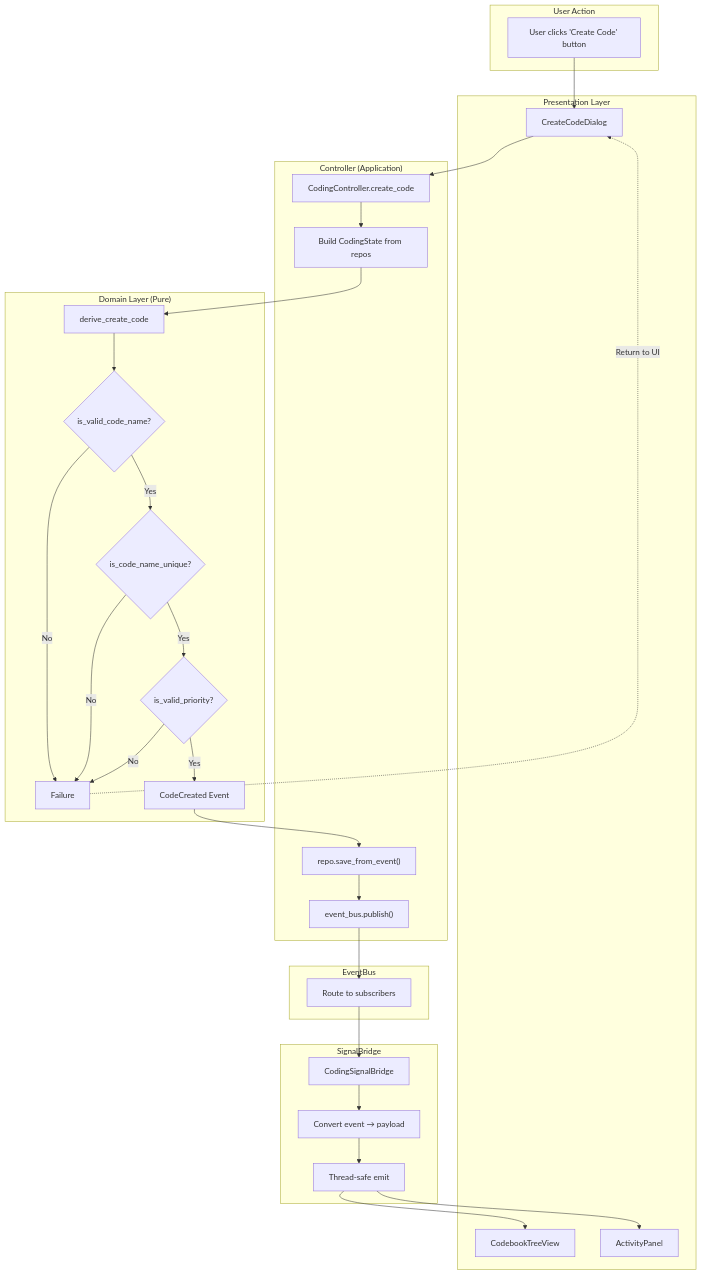
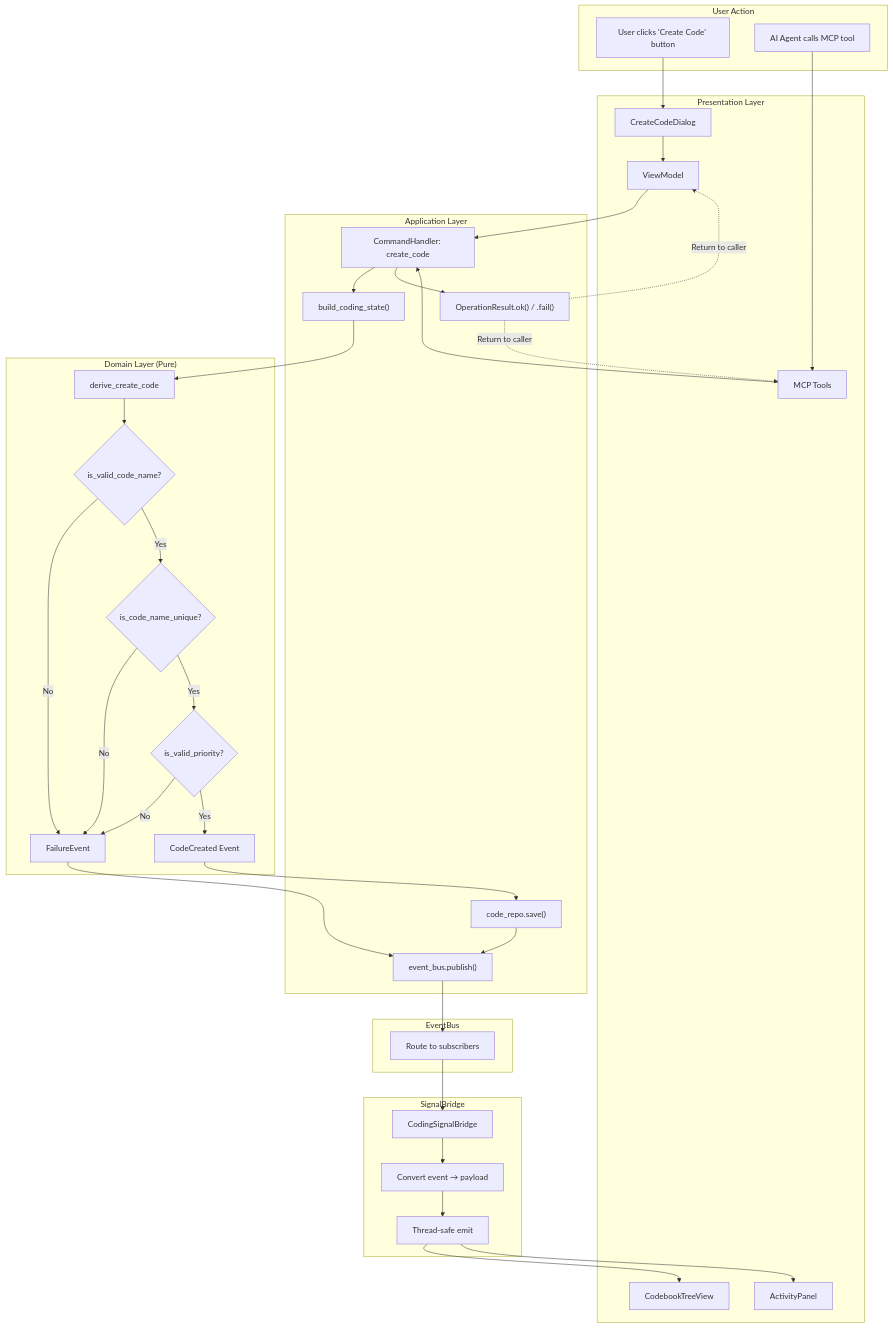
One commit to scope-impact/QualCoder-v2 changed the first of 4 diagrams in docs/tutorials/07-complete-flow.md. Above: the diagram before and after it, drawn with Mermaid. The commit also changed other lines of this file and 9 other files, not shown here.

First line of the commit message:
docs(tutorials): align with vertical slice architecture

````diff
--- a/docs/tutorials/07-complete-flow.md
+++ b/docs/tutorials/07-complete-flow.md
@@ -7,62 +7,71 @@
 ```mermaid
 flowchart TB
     subgraph User ["User Action"]
         UA[User clicks 'Create Code' button]
+        AI[AI Agent calls MCP tool]
     end
 
     subgraph Presentation ["Presentation Layer"]
         Dialog[CreateCodeDialog]
+        VM[ViewModel]
+        MCP[MCP Tools]
         TreeView[CodebookTreeView]
         ActivityPanel[ActivityPanel]
     end
 
-    subgraph Controller ["Controller (Application)"]
-        Ctrl[CodingController.create_code]
-        BuildState["Build CodingState from repos"]
-        Persist["repo.save_from_event()"]
+    subgraph Application ["Application Layer"]
+        CH[CommandHandler: create_code]
+        BuildState["build_coding_state()"]
+        Persist["code_repo.save()"]
         Publish["event_bus.publish()"]
+        Result["OperationResult.ok() / .fail()"]
     end
 
     subgraph Domain ["Domain Layer (Pure)"]
         Deriver[derive_create_code]
         Inv1{is_valid_code_name?}
         Inv2{is_code_name_unique?}
         Inv3{is_valid_priority?}
         Event[CodeCreated Event]
-        Fail[Failure]
+        Fail[FailureEvent]
     end
 
     subgraph EventBus ["EventBus"]
         EB[Route to subscribers]
     end
 
     subgraph SignalBridge ["SignalBridge"]
         SB[CodingSignalBridge]
         Convert[Convert event → payload]
         Emit[Thread-safe emit]
     end
 
-    UA --> Dialog
-    Dialog --> Ctrl
-    Ctrl --> BuildState
+    UA --> Dialog --> VM
+    AI --> MCP
+    VM --> CH
+    MCP --> CH
+    CH --> BuildState
     BuildState --> Deriver
 
     Deriver --> Inv1
     Inv1 -->|No| Fail
     Inv1 -->|Yes| Inv2
     Inv2 -->|No| Fail
     Inv2 -->|Yes| Inv3
     Inv3 -->|No| Fail
     Inv3 -->|Yes| Event
 
     Event --> Persist
     Persist --> Publish
     Publish --> EB
+    Fail --> Publish
+    CH --> Result
+    Result -.->|Return to caller| VM
+    Result -.->|Return to caller| MCP
+
     EB --> SB
     SB --> Convert
     Convert --> Emit
     Emit --> TreeView
     Emit --> ActivityPanel
-
-    Fail -.->|Return to UI| Dialog
 ```
````
